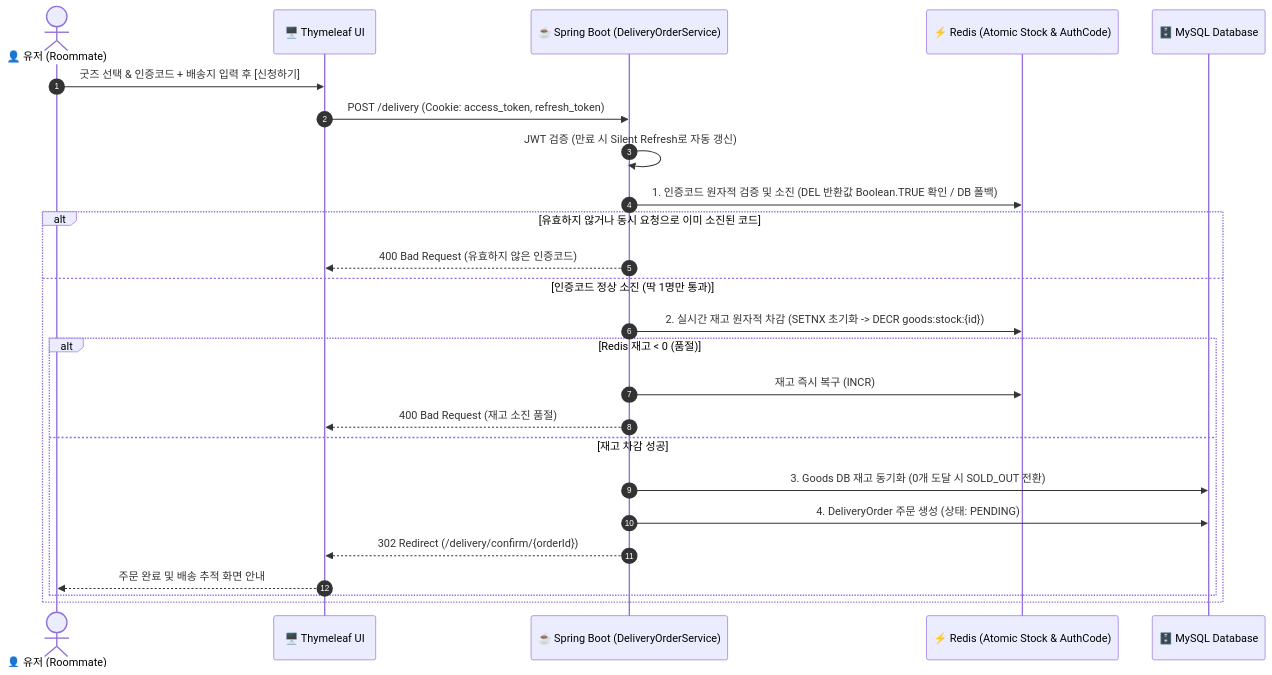
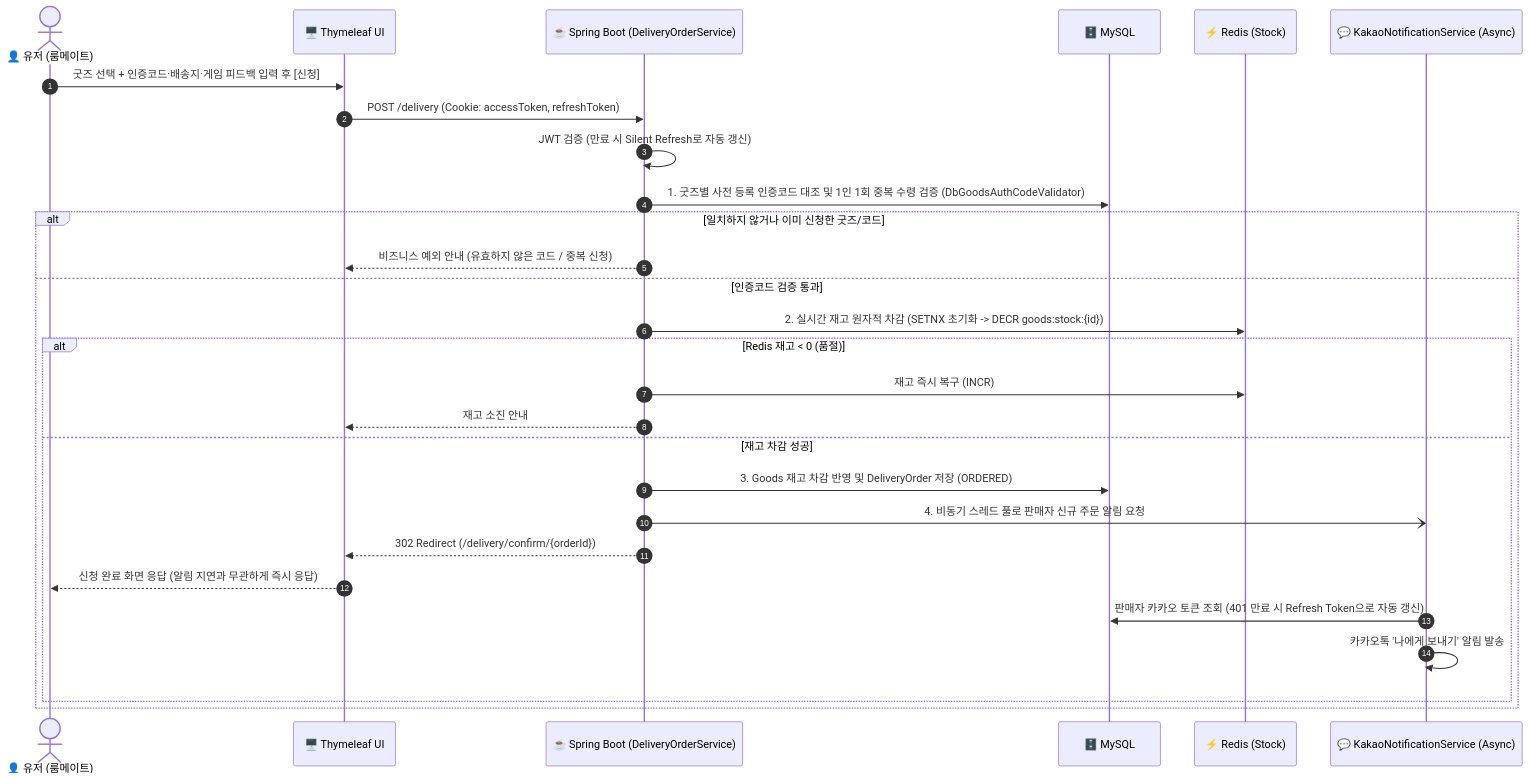
One commit to hoehoeabi/RoomTherapy changed the third of 3 diagrams in README.md. Above: the diagram before and after it, drawn with Mermaid. The commit also changed other lines of this file, not shown here.

Commit message:
docs: v2.2.0 기능(카카오톡 알림, 피드백 관리, 인증코드 전략) 및 아키텍처 반영 README 최신화

````diff
--- a/README.md
+++ b/README.md
@@ -118,28 +123,31 @@
 ```mermaid
 sequenceDiagram
     autonumber
-    actor User as 👤 유저 (Roommate)
+    actor User as 👤 유저 (룸메이트)
     participant Web as 🖥️ Thymeleaf UI
     participant Backend as ☕ Spring Boot (DeliveryOrderService)
-    participant Redis as ⚡ Redis (Atomic Stock & AuthCode)
-    participant DB as 🗄️ MySQL Database
+    participant DB as 🗄️ MySQL
+    participant Redis as ⚡ Redis (Stock)
+    participant AsyncKakao as 💬 KakaoNotificationService (Async)
 
-    User->>Web: 굿즈 선택 & 인증코드 + 배송지 입력 후 [신청하기]
-    Web->>Backend: POST /delivery (Cookie: access_token, refresh_token)
+    User->>Web: 굿즈 선택 + 인증코드·배송지·게임 피드백 입력 후 [신청]
+    Web->>Backend: POST /delivery (Cookie: accessToken, refreshToken)
     Backend->>Backend: JWT 검증 (만료 시 Silent Refresh로 자동 갱신)
-    Backend->>Redis: 1. 인증코드 원자적 검증 및 소진 (DEL 반환값 Boolean.TRUE 확인 / DB 폴백)
-    alt 유효하지 않거나 동시 요청으로 이미 소진된 코드
-        Backend-->>Web: 400 Bad Request (유효하지 않은 인증코드)
-    else 인증코드 정상 소진 (딱 1명만 통과)
+    Backend->>DB: 1. 굿즈별 사전 등록 인증코드 대조 및 1인 1회 중복 수령 검증 (DbGoodsAuthCodeValidator)
+    alt 일치하지 않거나 이미 신청한 굿즈/코드
+        Backend-->>Web: 비즈니스 예외 안내 (유효하지 않은 코드 / 중복 신청)
+    else 인증코드 검증 통과
         Backend->>Redis: 2. 실시간 재고 원자적 차감 (SETNX 초기화 -> DECR goods:stock:{id})
         alt Redis 재고 < 0 (품절)
             Backend->>Redis: 재고 즉시 복구 (INCR)
-            Backend-->>Web: 400 Bad Request (재고 소진 품절)
+            Backend-->>Web: 재고 소진 안내
         else 재고 차감 성공
-            Backend->>DB: 3. Goods DB 재고 동기화 (0개 도달 시 SOLD_OUT 전환)
-            Backend->>DB: 4. DeliveryOrder 주문 생성 (상태: PENDING)
+            Backend->>DB: 3. Goods 재고 차감 반영 및 DeliveryOrder 저장 (ORDERED)
+            Backend-)AsyncKakao: 4. 비동기 스레드 풀로 판매자 신규 주문 알림 요청
             Backend-->>Web: 302 Redirect (/delivery/confirm/{orderId})
-            Web-->>User: 주문 완료 및 배송 추적 화면 안내
+            Web-->>User: 신청 완료 화면 응답 (알림 지연과 무관하게 즉시 응답)
+            AsyncKakao->>DB: 판매자 카카오 토큰 조회 (401 만료 시 Refresh Token으로 자동 갱신)
+            AsyncKakao->>AsyncKakao: 카카오톡 '나에게 보내기' 알림 발송
         end
     end
 ```
````
